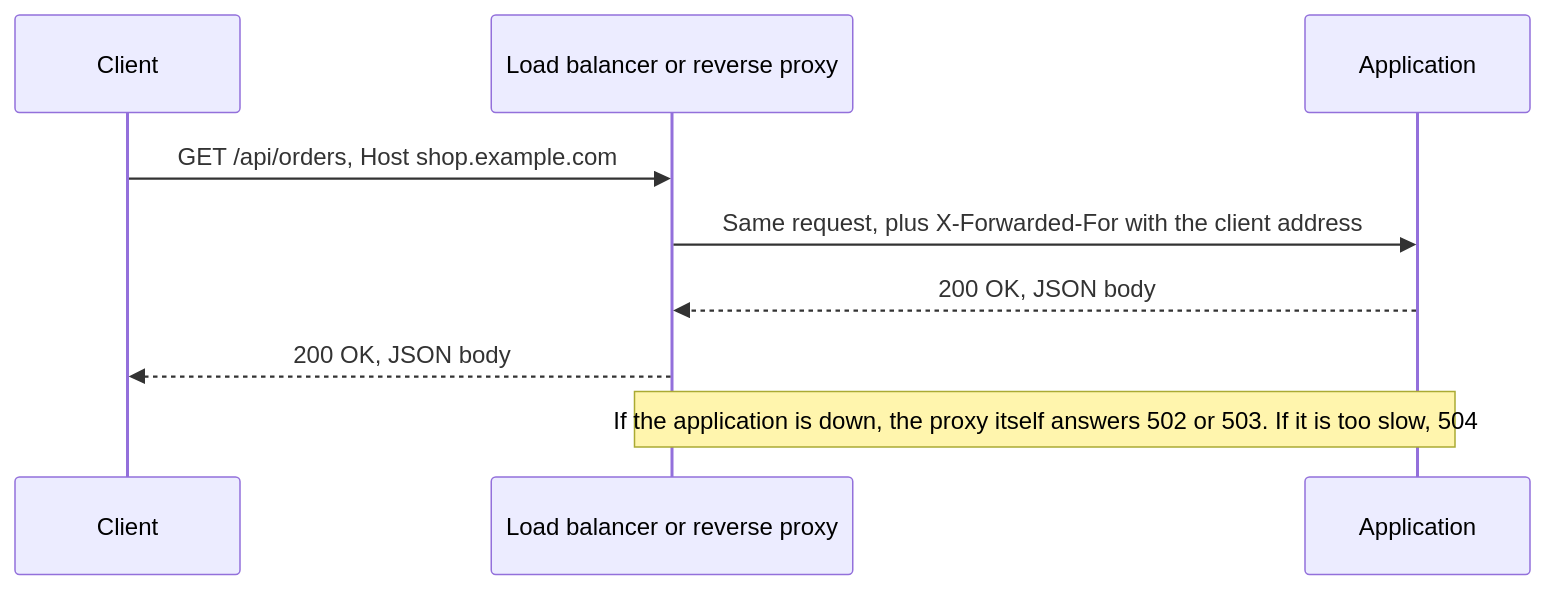
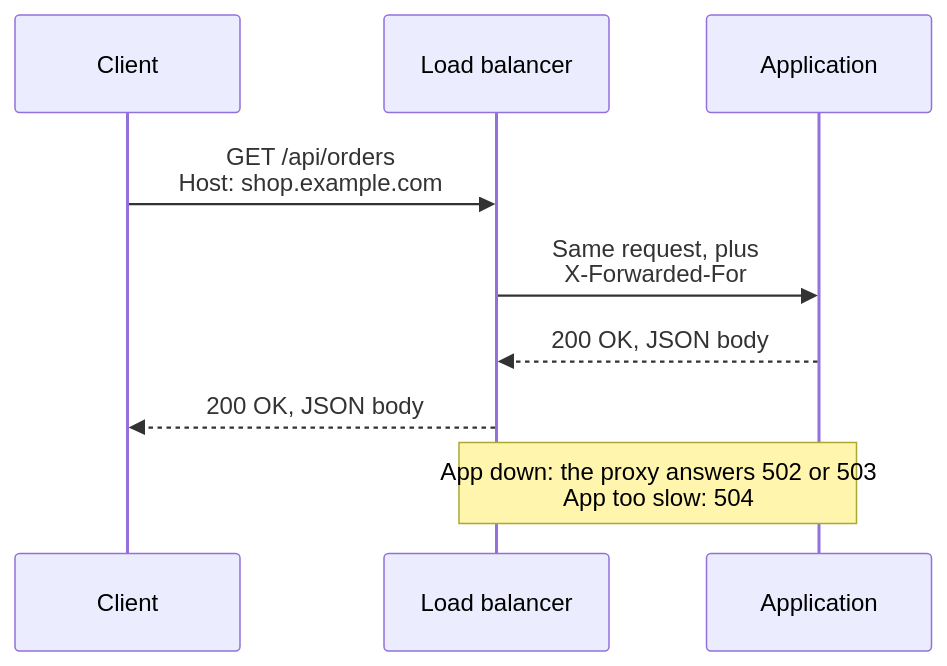
Before and after one commit to alfinwilliam/devops-notes: the diagram in docs/networking/http.md, drawn with Mermaid. The commit also changed 17 other files, not shown here.

First line of the commit message:
diagrams: fix every diagram that was shrunk below readable size

````diff
--- a/docs/networking/http.md
+++ b/docs/networking/http.md
@@ -45,11 +45,11 @@
 ```mermaid
 sequenceDiagram
     participant C as Client
-    participant L as Load balancer or reverse proxy
+    participant L as Load balancer
     participant A as Application
-    C->>L: GET /api/orders, Host shop.example.com
-    L->>A: Same request, plus X-Forwarded-For with the client address
+    C->>L: GET /api/orders<br/>Host: shop.example.com
+    L->>A: Same request, plus<br/>X-Forwarded-For
     A-->>L: 200 OK, JSON body
     L-->>C: 200 OK, JSON body
-    Note over L,A: If the application is down, the proxy itself answers 502 or 503. If it is too slow, 504
+    Note over L,A: App down: the proxy answers 502 or 503<br/>App too slow: 504
 ```
````
